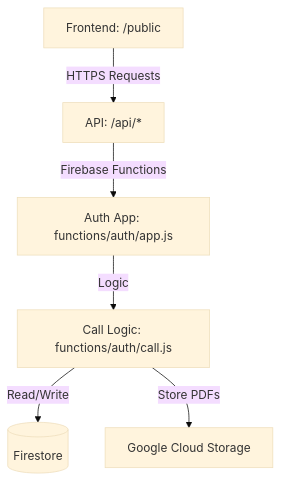
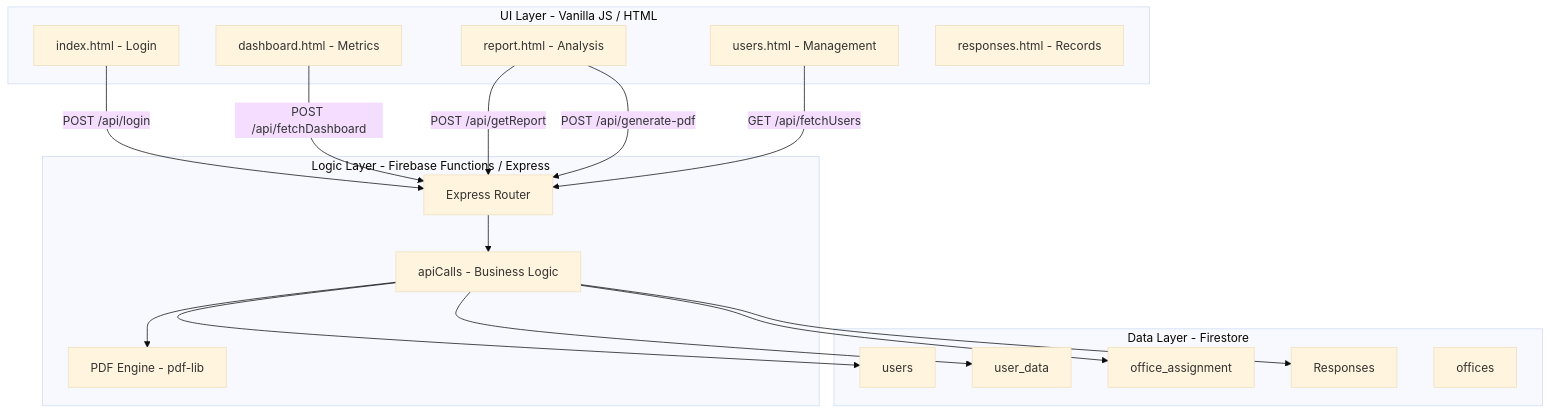
One commit to halords/feedback changed the diagram in .gsd/ARCHITECTURE.md. Above: the diagram before and after it, drawn with Mermaid (base theme). The commit also changed other lines of this file and 2 other files, not shown here.

````diff
--- a/.gsd/ARCHITECTURE.md
+++ b/.gsd/ARCHITECTURE.md
@@ -9,8 +9,37 @@
 ```mermaid
 graph TD
-    UI[Frontend: /public] -->|HTTPS Requests| API[API: /api/*]
-    API -->|Firebase Functions| AUTH[Auth App: functions/auth/app.js]
-    AUTH -->|Logic| CALL[Call Logic: functions/auth/call.js]
-    CALL -->|Read/Write| FS[(Firestore)]
-    CALL -->|Store PDFs| GCS[Google Cloud Storage]
+    subgraph Frontend [UI Layer - Vanilla JS / HTML]
+        P1[index.html - Login]
+        P2[dashboard.html - Metrics]
+        P3[report.html - Analysis]
+        P4[users.html - Management]
+        P5[responses.html - Records]
+    end
+
+    subgraph Backend [Logic Layer - Firebase Functions / Express]
+        API[Express Router]
+        LC[apiCalls - Business Logic]
+        PDF[PDF Engine - pdf-lib]
+    end
+
+    subgraph Data [Data Layer - Firestore]
+        U[users]
+        UD[user_data]
+        OA[office_assignment]
+        RS[Responses]
+        OF[offices]
+    end
+
+    P1 -->|POST /api/login| API
+    P2 -->|POST /api/fetchDashboard| API
+    P3 -->|POST /api/getReport| API
+    P3 -->|POST /api/generate-pdf| API
+    P4 -->|GET /api/fetchUsers| API
+    
+    API --> LC
+    LC --> U
+    LC --> UD
+    LC --> RS
+    LC --> OA
+    LC --> PDF
 ```
````
